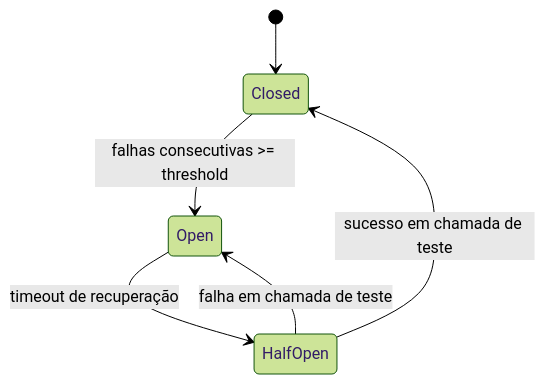
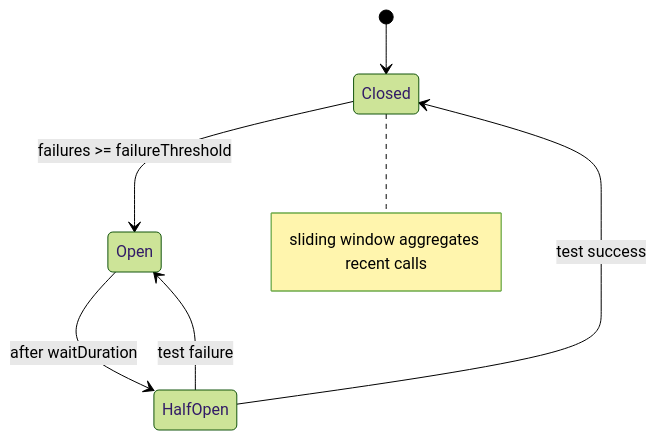
One commit to deyvisonborges/system-design changed the diagram in 05-resiliencia/03-circuit-break.md. Above: the diagram before and after it, drawn with Mermaid (forest theme). The commit also changed other lines of this file and 113 other files, not shown here.

````diff
--- a/05-resiliencia/03-circuit-break.md
+++ b/05-resiliencia/03-circuit-break.md
@@ -60,8 +187,9 @@
 ```mermaid
 stateDiagram-v2
     [*] --> Closed
-    Closed --> Open: falhas consecutivas >= threshold
-    Open --> HalfOpen: timeout de recuperação
-    HalfOpen --> Closed: sucesso em chamada de teste
-    HalfOpen --> Open: falha em chamada de teste
+    Closed --> Open: failures >= failureThreshold
+    Open --> HalfOpen: after waitDuration
+    HalfOpen --> Closed: test success
+    HalfOpen --> Open: test failure
+    note right of Closed: sliding window aggregates recent calls
 ```
````
